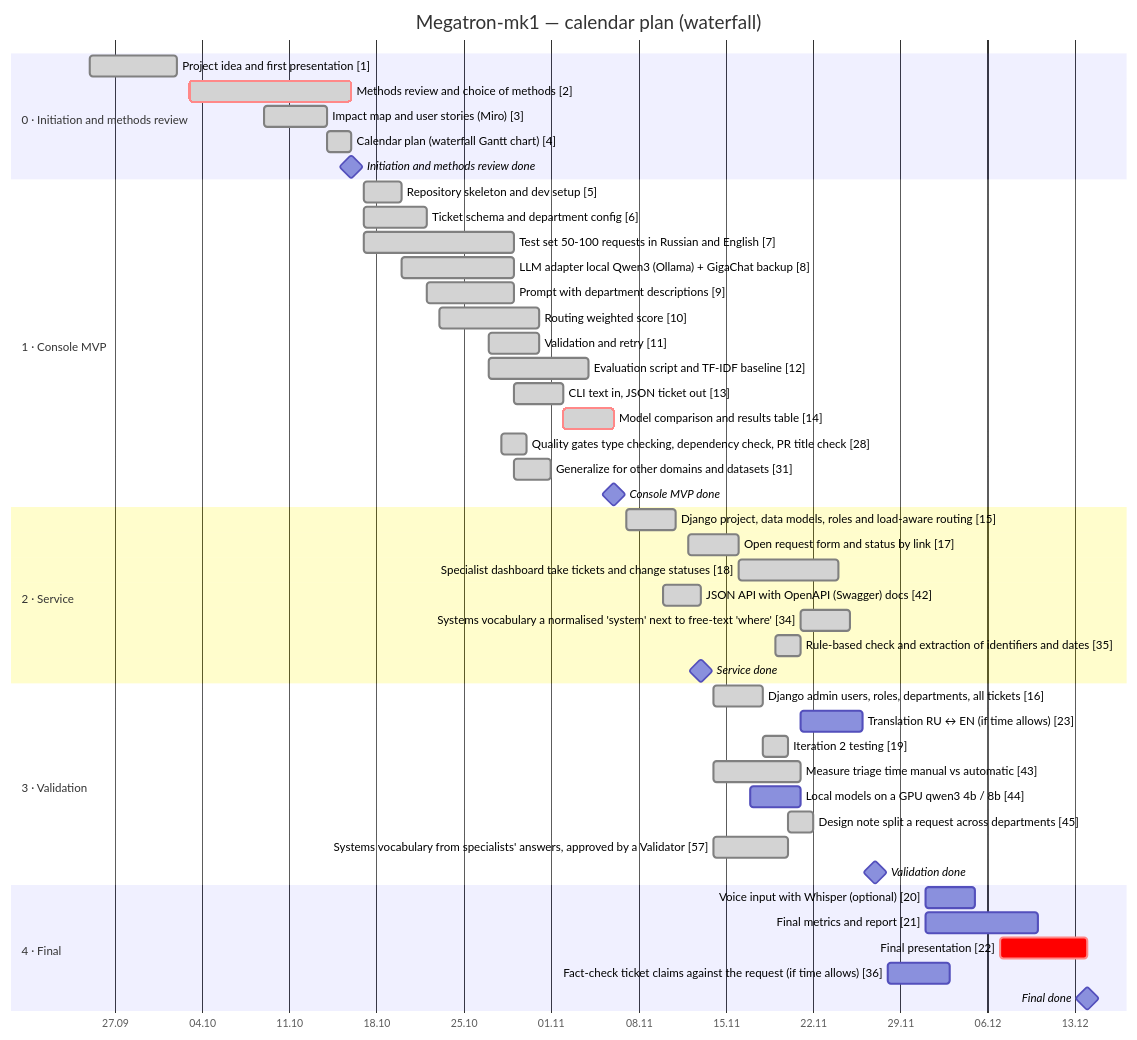
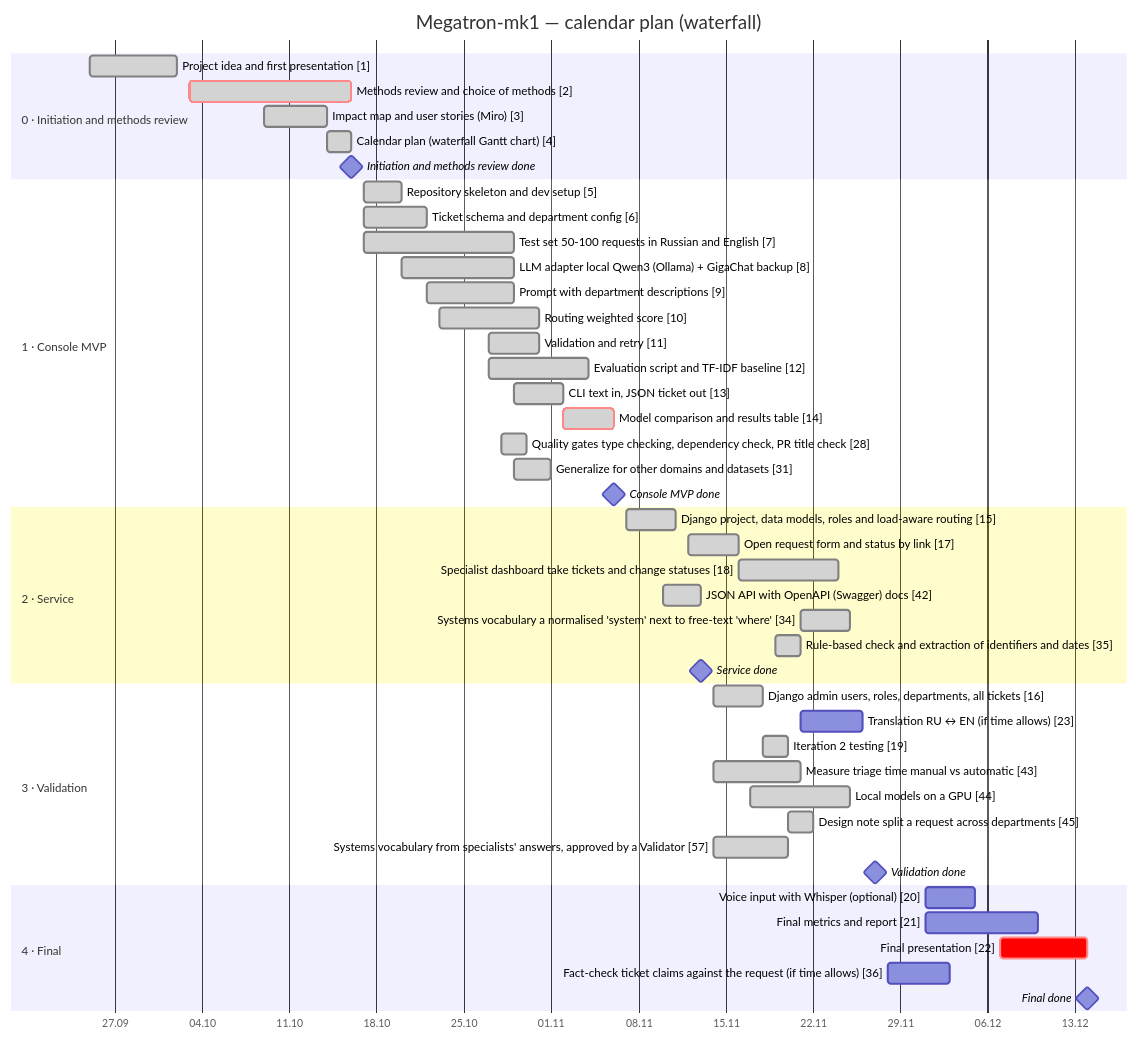
Before and after one commit to Leenday/support_megatron_mk1: the diagram in README.md, drawn with Mermaid. The commit also changed other lines of this file and 1 other file, not shown here.

Commit message:
docs(eval): local models on a GPU against the cloud model (#76)
Qwen3.8-35B-A3B and gemma-4-31B on a 24 GB GPU through a llama.cpp server,
prompt v4, on the RU, EN and buckets test sets, with paired comparisons to
gpt-5.4-mini. Qwen3.8-35B-A3B meets the criterion for story 30 (RU 0.87 at
2.8 s per request); gemma-4-31B is as accurate or better but takes 11-14 s.

Closes #44

````diff
--- a/README.md
+++ b/README.md
@@ -138,50 +138,50 @@
 ```mermaid
 gantt
     title Megatron-mk1 — calendar plan (waterfall)
     dateFormat YYYY-MM-DD
     axisFormat %d.%m
     todayMarker on
     section 0 · Initiation and methods review
     Project idea and first presentation [1] :done, t1, 2026-09-25, 2026-10-02
     Methods review and choice of methods [2] :done, crit, t2, 2026-10-03, 2026-10-16
     Impact map and user stories (Miro) [3] :done, t3, 2026-10-09, 2026-10-14
     Calendar plan (waterfall Gantt chart) [4] :done, t4, 2026-10-14, 2026-10-16
     Initiation and methods review done :milestone, m0, 2026-10-16, 0d
     section 1 · Console MVP
     Repository skeleton and dev setup [5] :done, t5, 2026-10-17, 2026-10-20
     Ticket schema and department config [6] :done, t6, 2026-10-17, 2026-10-22
     Test set 50-100 requests in Russian and English [7] :done, t7, 2026-10-17, 2026-10-29
     LLM adapter local Qwen3 (Ollama) + GigaChat backup [8] :done, t8, 2026-10-20, 2026-10-29
     Prompt with department descriptions [9] :done, t9, 2026-10-22, 2026-10-29
     Routing weighted score [10] :done, t10, 2026-10-23, 2026-10-31
     Validation and retry [11] :done, t11, 2026-10-27, 2026-10-31
     Evaluation script and TF-IDF baseline [12] :done, t12, 2026-10-27, 2026-11-04
     CLI text in, JSON ticket out [13] :done, t13, 2026-10-29, 2026-11-02
     Model comparison and results table [14] :done, crit, t14, 2026-11-02, 2026-11-06
     Quality gates type checking, dependency check, PR title check [28] :done, t28, 2026-10-28, 2026-10-30
     Generalize for other domains and datasets [31] :done, t31, 2026-10-29, 2026-11-01
     Console MVP done :milestone, m1, 2026-11-06, 0d
     section 2 · Service
     Django project, data models, roles and load-aware routing [15] :done, t15, 2026-11-07, 2026-11-11
     Open request form and status by link [17] :done, t17, 2026-11-12, 2026-11-16
     Specialist dashboard take tickets and change statuses [18] :done, t18, 2026-11-16, 2026-11-24
     JSON API with OpenAPI (Swagger) docs [42] :done, t42, 2026-11-10, 2026-11-13
     Systems vocabulary a normalised 'system' next to free-text 'where' [34] :done, t34, 2026-11-21, 2026-11-25
     Rule-based check and extraction of identifiers and dates [35] :done, t35, 2026-11-19, 2026-11-21
     Service done :milestone, m2, 2026-11-13, 0d
     section 3 · Validation
     Django admin users, roles, departments, all tickets [16] :done, t16, 2026-11-14, 2026-11-18
     Translation RU ↔ EN (if time allows) [23] :t23, 2026-11-21, 2026-11-26
     Iteration 2 testing [19] :done, t19, 2026-11-18, 2026-11-20
     Measure triage time manual vs automatic [43] :done, t43, 2026-11-14, 2026-11-21
-    Local models on a GPU qwen3 4b / 8b [44] :t44, 2026-11-17, 2026-11-21
+    Local models on a GPU [44] :done, t44, 2026-11-17, 2026-11-25
     Design note split a request across departments [45] :done, t45, 2026-11-20, 2026-11-22
     Systems vocabulary from specialists' answers, approved by a Validator [57] :done, t57, 2026-11-14, 2026-11-20
     Validation done :milestone, m3, 2026-11-27, 0d
     section 4 · Final
     Voice input with Whisper (optional) [20] :t20, 2026-12-01, 2026-12-05
     Final metrics and report [21] :t21, 2026-12-01, 2026-12-10
     Final presentation [22] :crit, t22, 2026-12-07, 2026-12-14
     Fact-check ticket claims against the request (if time allows) [36] :t36, 2026-11-28, 2026-12-03
     Final done :milestone, m4, 2026-12-14, 0d
 ```
````
